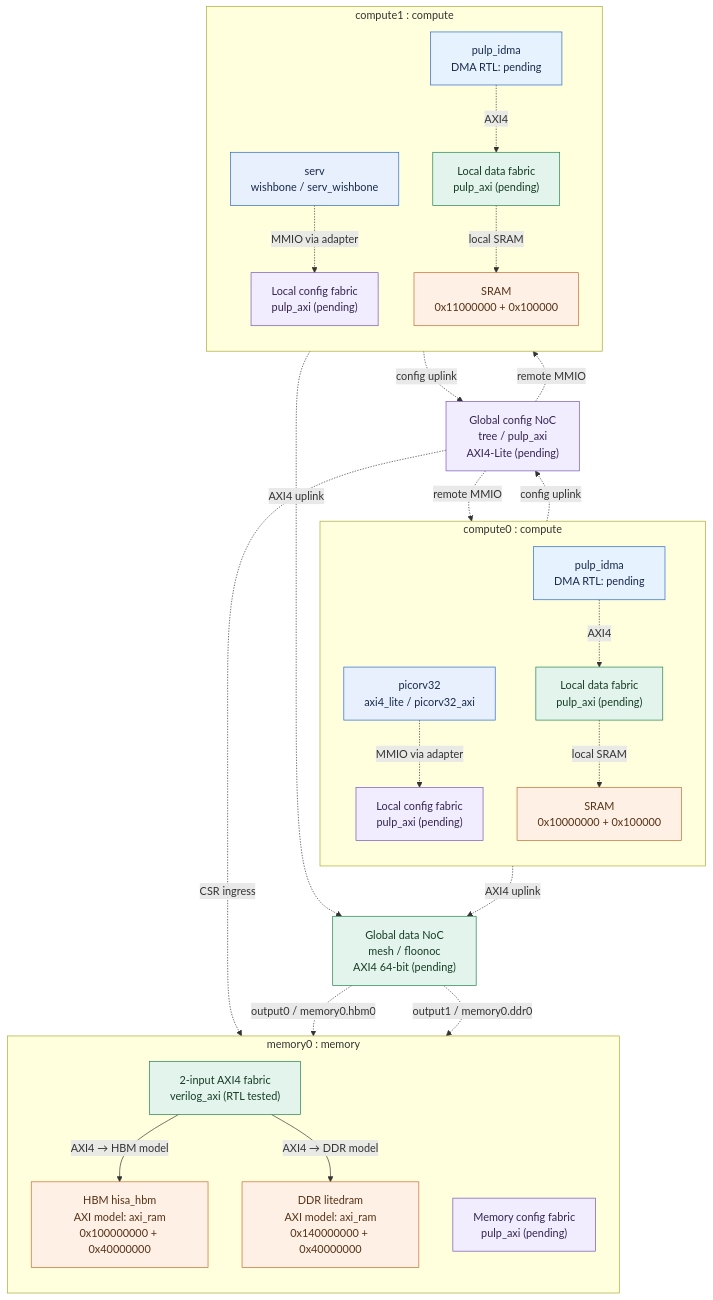
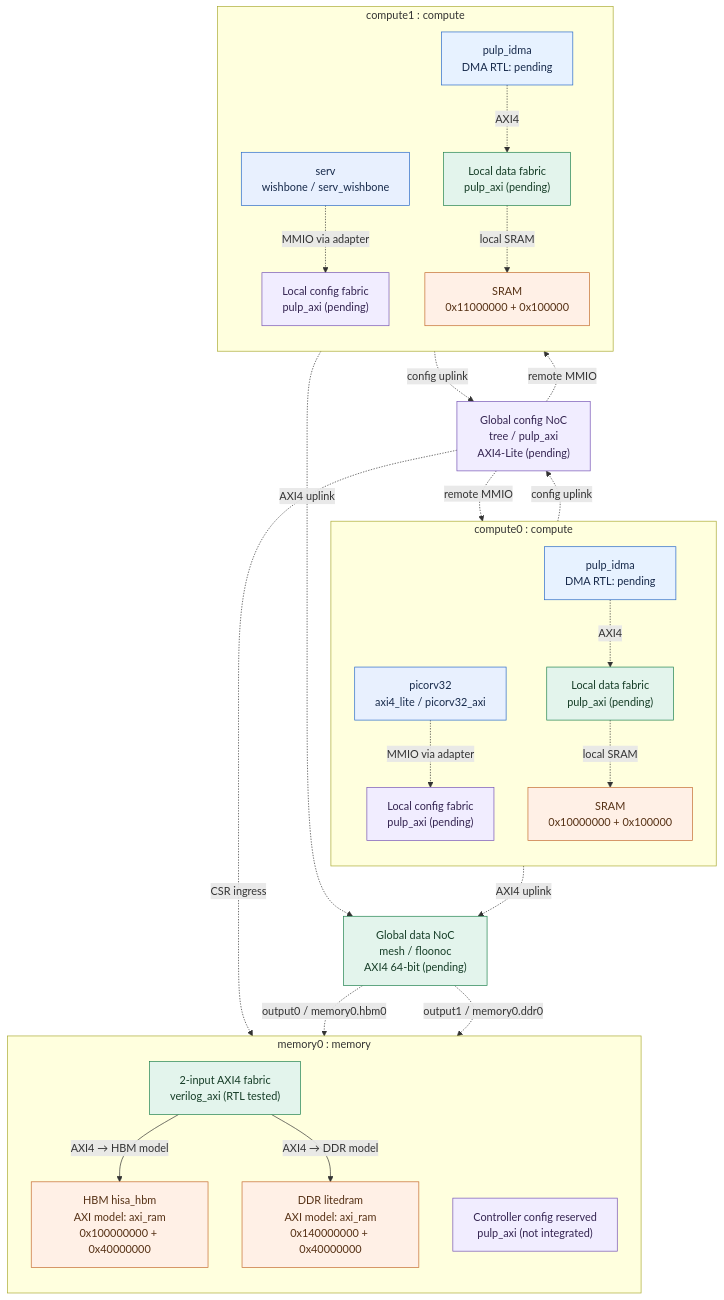
Before and after one commit to r987r/xezim-hello-world: the diagram in gen/diagrams/architecture.mmd, drawn with Mermaid. The commit also changed 34 other files, not shown here.

```diff
--- a/gen/diagrams/architecture.mmd
+++ b/gen/diagrams/architecture.mmd
@@ -1,51 +1,51 @@
 flowchart TB
   classDef cpu fill:#e8f0fe,stroke:#2869c9,color:#172a4b,stroke-width:1px;
   classDef dma fill:#e7f2ff,stroke:#2869c9,color:#172a4b,stroke-width:1px;
   classDef fabric fill:#e3f4ec,stroke:#20824e,color:#153c26,stroke-width:1px;
   classDef memory fill:#fff0e6,stroke:#c46b2f,color:#563115,stroke-width:1px;
   classDef config fill:#f1edff,stroke:#7654b5,color:#342451,stroke-width:1px;
   classDef verification fill:#e3f4ec,stroke:#20824e,color:#153c26,stroke-width:1px;
   classDef model fill:#f2f2f2,stroke:#888888,color:#333333,stroke-width:1px;
   subgraph box_compute0["compute0 : compute"]
     direction TB
     compute0_cpu["picorv32<br/>axi4_lite / picorv32_axi"]:::cpu
     compute0_dma["pulp_idma<br/>DMA RTL: pending"]:::dma
     compute0_local_data["Local data fabric<br/>pulp_axi (pending)"]:::fabric
     compute0_local_config["Local config fabric<br/>pulp_axi (pending)"]:::config
     compute0_sram["SRAM<br/>0x10000000 + 0x100000"]:::memory
   end
   subgraph box_compute1["compute1 : compute"]
     direction TB
     compute1_cpu["serv<br/>wishbone / serv_wishbone"]:::cpu
     compute1_dma["pulp_idma<br/>DMA RTL: pending"]:::dma
     compute1_local_data["Local data fabric<br/>pulp_axi (pending)"]:::fabric
     compute1_local_config["Local config fabric<br/>pulp_axi (pending)"]:::config
     compute1_sram["SRAM<br/>0x11000000 + 0x100000"]:::memory
   end
   subgraph box_memory0["memory0 : memory"]
     direction TB
     memory0_local_data["2-input AXI4 fabric<br/>verilog_axi (RTL tested)"]:::fabric
-    memory0_local_config["Memory config fabric<br/>pulp_axi (pending)"]:::config
+    memory0_local_config["Controller config reserved<br/>pulp_axi (not integrated)"]:::config
     memory0_hbm0["HBM hisa_hbm<br/>AXI model: axi_ram<br/>0x100000000 + 0x40000000"]:::memory
     memory0_ddr0["DDR litedram<br/>AXI model: axi_ram<br/>0x140000000 + 0x40000000"]:::memory
   end
   global_data["Global data NoC<br/>mesh / floonoc<br/>AXI4 64-bit (pending)"]:::fabric
   global_config["Global config NoC<br/>tree / pulp_axi<br/>AXI4-Lite (pending)"]:::config
   compute0_cpu -.->|MMIO via adapter| compute0_local_config
   compute0_dma -.->|AXI4| compute0_local_data
   compute0_local_data -.->|local SRAM| compute0_sram
   compute0_local_data -.->|AXI4 uplink| global_data
   compute0_local_config -.->|config uplink| global_config
   compute1_cpu -.->|MMIO via adapter| compute1_local_config
   compute1_dma -.->|AXI4| compute1_local_data
   compute1_local_data -.->|local SRAM| compute1_sram
   compute1_local_data -.->|AXI4 uplink| global_data
   compute1_local_config -.->|config uplink| global_config
   memory0_local_data -->|AXI4 → HBM model| memory0_hbm0
   memory0_local_data -->|AXI4 → DDR model| memory0_ddr0
   global_config -.->|CSR ingress| memory0_local_config
   global_data -.->|output0 / memory0.hbm0| memory0_local_data
   global_data -.->|output1 / memory0.ddr0| memory0_local_data
   global_config -.->|remote MMIO| compute0_local_config
   global_config -.->|remote MMIO| compute1_local_config
   %% Dashed links = planned full-chip integration; solid links = memory model RTL scope.
```
